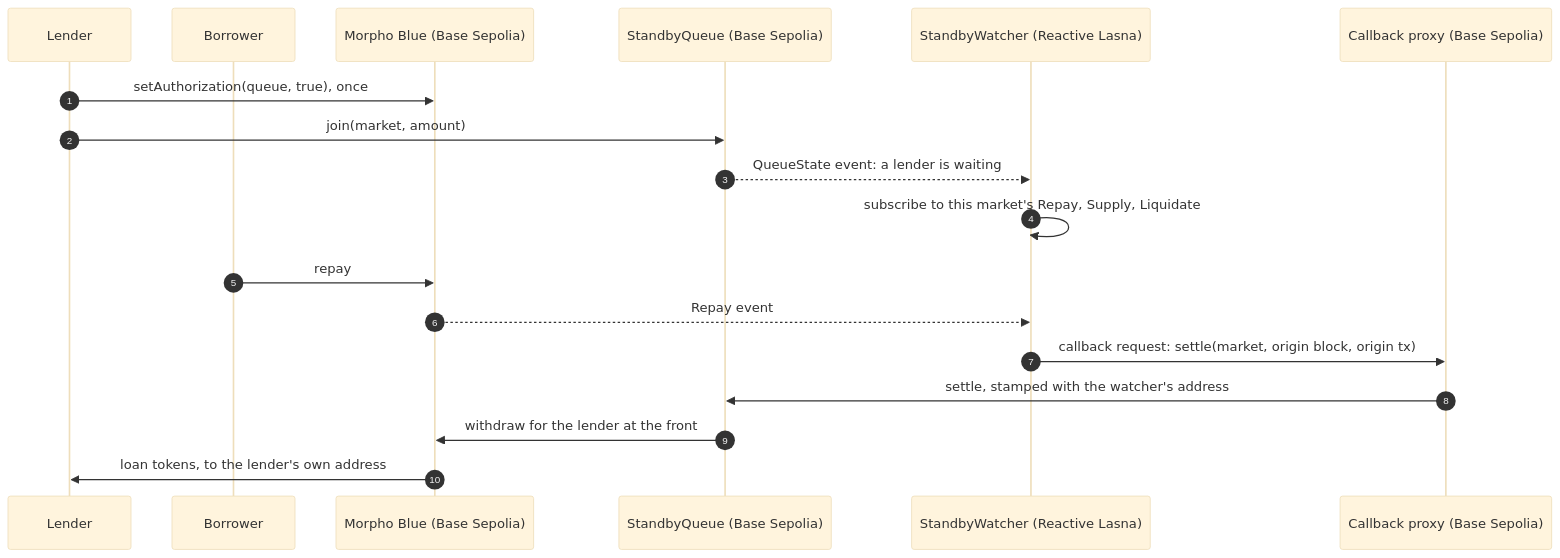
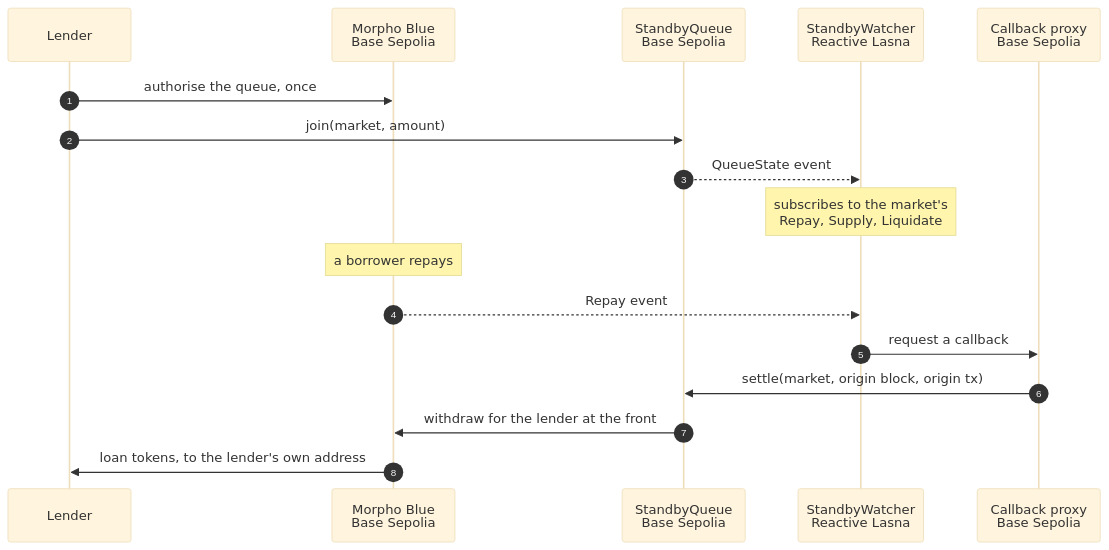
The diagram in README.md (big14way/standby), drawn with Mermaid (base theme) before and after one commit.

Commit message:
README: a narrower loop diagram that reads at page width

````diff
--- a/README.md
+++ b/README.md
@@ -72,20 +72,19 @@
 ```mermaid
 sequenceDiagram
     autonumber
     participant L as Lender
-    participant B as Borrower
-    participant M as Morpho Blue (Base Sepolia)
-    participant Q as StandbyQueue (Base Sepolia)
-    participant W as StandbyWatcher (Reactive Lasna)
-    participant P as Callback proxy (Base Sepolia)
-    L->>M: setAuthorization(queue, true), once
+    participant M as Morpho Blue<br/>Base Sepolia
+    participant Q as StandbyQueue<br/>Base Sepolia
+    participant W as StandbyWatcher<br/>Reactive Lasna
+    participant P as Callback proxy<br/>Base Sepolia
+    L->>M: authorise the queue, once
     L->>Q: join(market, amount)
-    Q-->>W: QueueState event: a lender is waiting
-    W->>W: subscribe to this market's Repay, Supply, Liquidate
-    B->>M: repay
+    Q-->>W: QueueState event
+    Note over W: subscribes to the market's<br/>Repay, Supply, Liquidate
+    Note over M: a borrower repays
     M-->>W: Repay event
-    W->>P: callback request: settle(market, origin block, origin tx)
-    P->>Q: settle, stamped with the watcher's address
+    W->>P: request a callback
+    P->>Q: settle(market, origin block, origin tx)
     Q->>M: withdraw for the lender at the front
     M->>L: loan tokens, to the lender's own address
 ```
````
